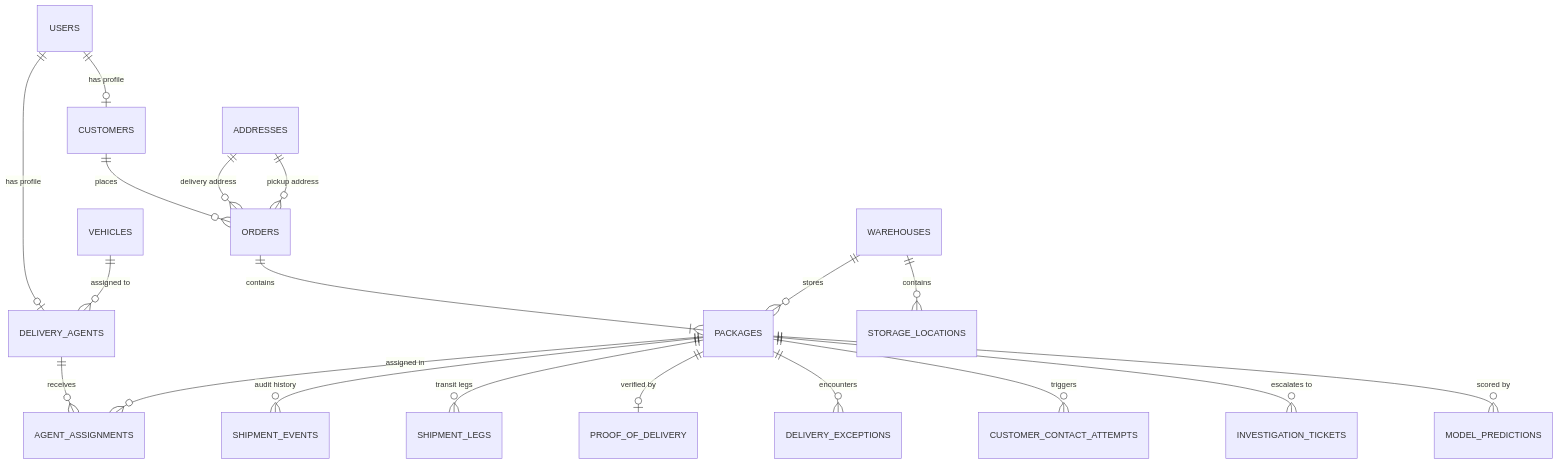
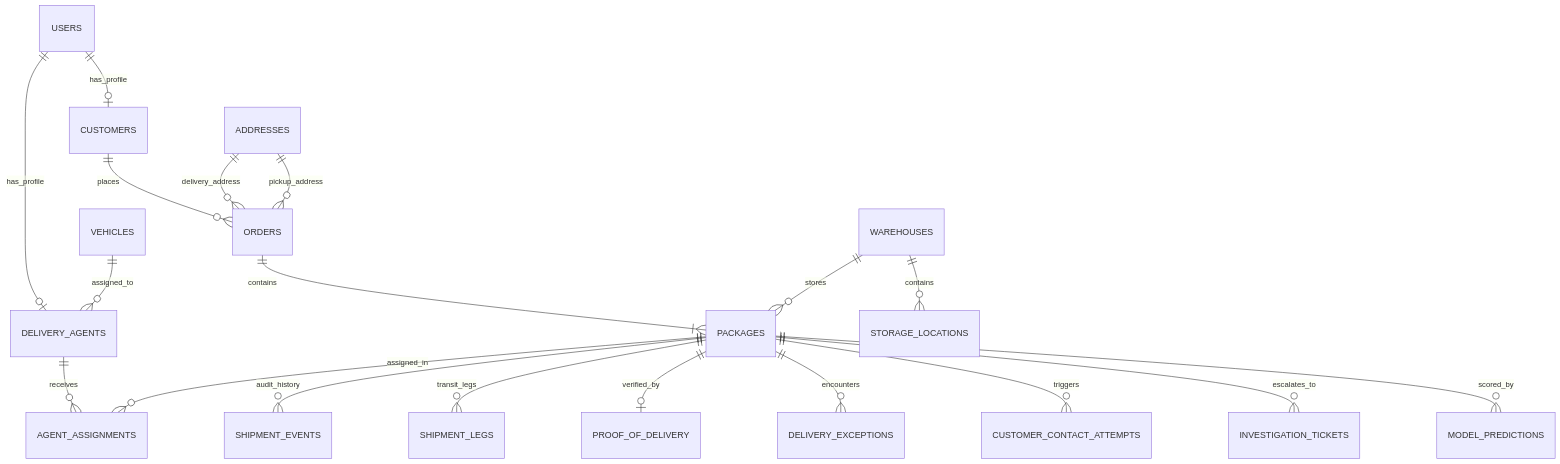
One commit to Adarshthakur-850/TrackFlow-AI changed the third of 4 diagrams in README.md. Above: the diagram before and after it, drawn with Mermaid. The commit also changed other lines of this file, not shown here.

Commit message:
fix(docs): fix Mermaid diagram syntax errors for GitHub renderer

````diff
--- a/README.md
+++ b/README.md
@@ -225,21 +225,21 @@
 ```mermaid
 erDiagram
-    USERS ||--o| CUSTOMERS : "has profile"
-    USERS ||--o| DELIVERY_AGENTS : "has profile"
-    CUSTOMERS ||--o{ ORDERS : "places"
-    ADDRESSES ||--o{ ORDERS : "delivery address"
-    ADDRESSES ||--o{ ORDERS : "pickup address"
-    ORDERS ||--|{ PACKAGES : "contains"
-    WAREHOUSES ||--o{ STORAGE_LOCATIONS : "contains"
-    WAREHOUSES ||--o{ PACKAGES : "stores"
-    VEHICLES ||--o{ DELIVERY_AGENTS : "assigned to"
-    DELIVERY_AGENTS ||--o{ AGENT_ASSIGNMENTS : "receives"
-    PACKAGES ||--o{ AGENT_ASSIGNMENTS : "assigned in"
-    PACKAGES ||--o{ SHIPMENT_EVENTS : "audit history"
-    PACKAGES ||--o{ SHIPMENT_LEGS : "transit legs"
-    PACKAGES ||--o| PROOF_OF_DELIVERY : "verified by"
-    PACKAGES ||--o{ DELIVERY_EXCEPTIONS : "encounters"
-    PACKAGES ||--o{ CUSTOMER_CONTACT_ATTEMPTS : "triggers"
-    PACKAGES ||--o{ INVESTIGATION_TICKETS : "escalates to"
-    PACKAGES ||--o{ MODEL_PREDICTIONS : "scored by"
+    USERS ||--o| CUSTOMERS : has_profile
+    USERS ||--o| DELIVERY_AGENTS : has_profile
+    CUSTOMERS ||--o{ ORDERS : places
+    ADDRESSES ||--o{ ORDERS : delivery_address
+    ADDRESSES ||--o{ ORDERS : pickup_address
+    ORDERS ||--|{ PACKAGES : contains
+    WAREHOUSES ||--o{ STORAGE_LOCATIONS : contains
+    WAREHOUSES ||--o{ PACKAGES : stores
+    VEHICLES ||--o{ DELIVERY_AGENTS : assigned_to
+    DELIVERY_AGENTS ||--o{ AGENT_ASSIGNMENTS : receives
+    PACKAGES ||--o{ AGENT_ASSIGNMENTS : assigned_in
+    PACKAGES ||--o{ SHIPMENT_EVENTS : audit_history
+    PACKAGES ||--o{ SHIPMENT_LEGS : transit_legs
+    PACKAGES ||--o| PROOF_OF_DELIVERY : verified_by
+    PACKAGES ||--o{ DELIVERY_EXCEPTIONS : encounters
+    PACKAGES ||--o{ CUSTOMER_CONTACT_ATTEMPTS : triggers
+    PACKAGES ||--o{ INVESTIGATION_TICKETS : escalates_to
+    PACKAGES ||--o{ MODEL_PREDICTIONS : scored_by
 ```
````
